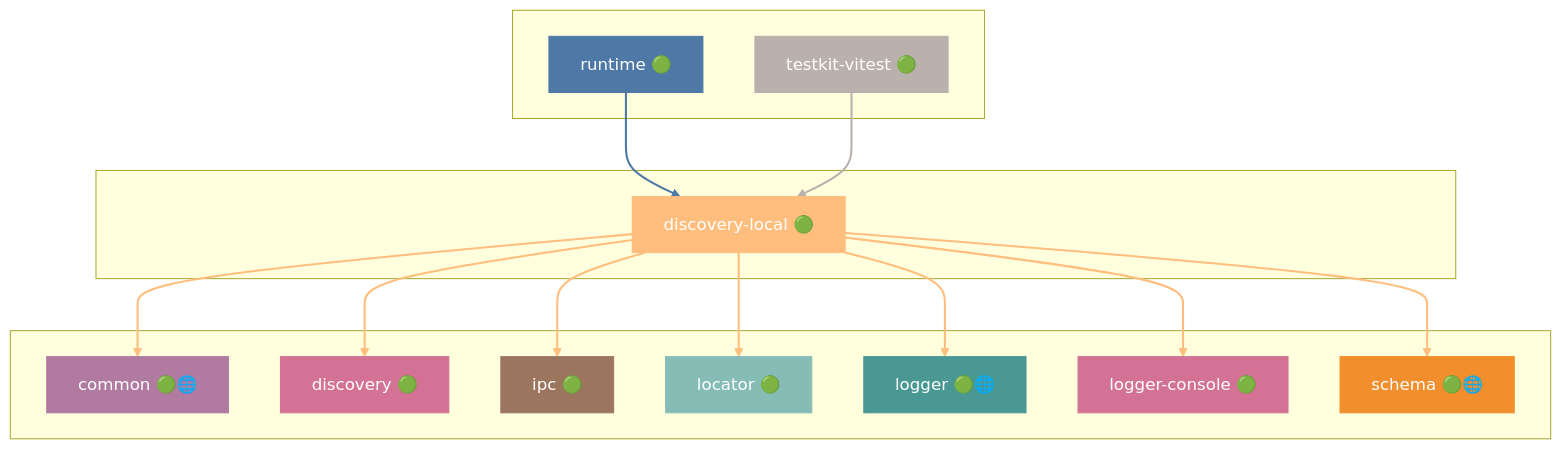
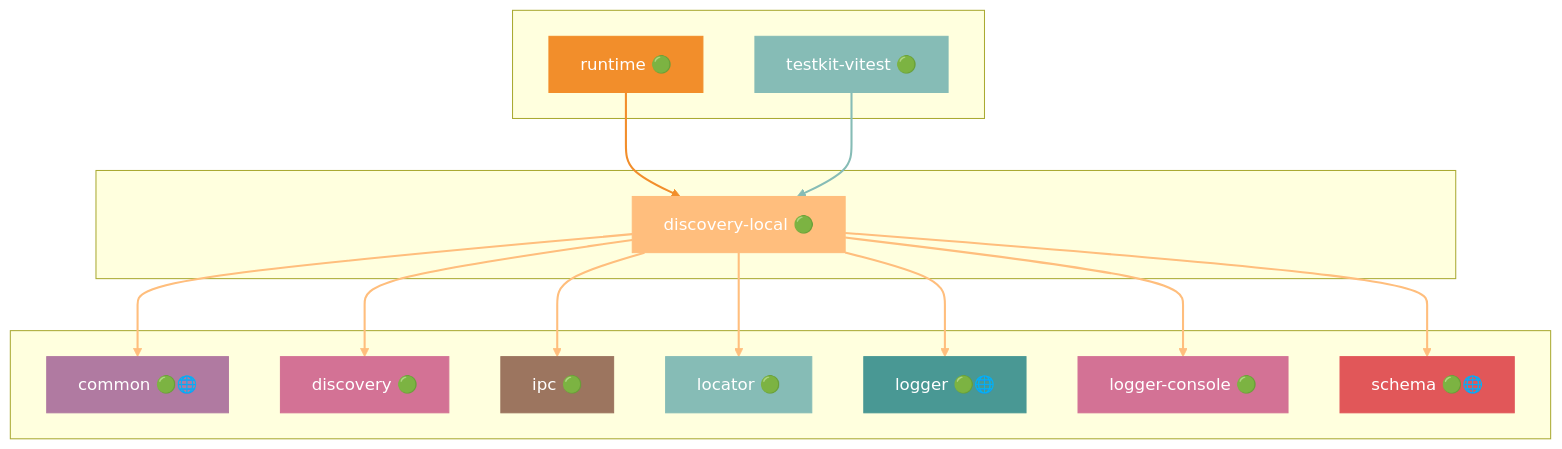
Diagram 18 of 51 in docs/DEPENDENCIES.md (grest-ts/grest-ts), drawn with Mermaid before and after one commit. The commit also changed other lines of this file and 24 other files, not shown here.

````diff
--- a/docs/DEPENDENCIES.md
+++ b/docs/DEPENDENCIES.md
@@ -1091,47 +1093,47 @@
 ```mermaid
 flowchart TB
     subgraph Dependents[" "]
         runtime["runtime 🟢"]
         testkit-vitest["testkit-vitest 🟢"]
     end
     subgraph Package[" "]
         discovery-local["discovery-local 🟢"]
     end
     subgraph Dependencies[" "]
         common["common 🟢🌐"]
         discovery["discovery 🟢"]
         ipc["ipc 🟢"]
         locator["locator 🟢"]
         logger["logger 🟢🌐"]
         logger-console["logger-console 🟢"]
         schema["schema 🟢🌐"]
     end
     runtime --> discovery-local
     testkit-vitest --> discovery-local
     discovery-local --> common
     discovery-local --> discovery
     discovery-local --> ipc
     discovery-local --> locator
     discovery-local --> logger
     discovery-local --> logger-console
     discovery-local --> schema
     style discovery-local fill:#FFBE7D,stroke:#FFBE7D,color:#fff
-    style runtime fill:#4E79A7,stroke:#4E79A7,color:#fff
-    style testkit-vitest fill:#BAB0AC,stroke:#BAB0AC,color:#fff
+    style runtime fill:#F28E2B,stroke:#F28E2B,color:#fff
+    style testkit-vitest fill:#86BCB6,stroke:#86BCB6,color:#fff
     style common fill:#B07AA1,stroke:#B07AA1,color:#fff
     style discovery fill:#D37295,stroke:#D37295,color:#fff
     style ipc fill:#9C755F,stroke:#9C755F,color:#fff
     style locator fill:#86BCB6,stroke:#86BCB6,color:#fff
     style logger fill:#499894,stroke:#499894,color:#fff
     style logger-console fill:#D37295,stroke:#D37295,color:#fff
-    style schema fill:#F28E2B,stroke:#F28E2B,color:#fff
-    linkStyle 0 stroke:#4E79A7,stroke-width:2px
-    linkStyle 1 stroke:#BAB0AC,stroke-width:2px
+    style schema fill:#E15759,stroke:#E15759,color:#fff
+    linkStyle 0 stroke:#F28E2B,stroke-width:2px
+    linkStyle 1 stroke:#86BCB6,stroke-width:2px
     linkStyle 2 stroke:#FFBE7D,stroke-width:2px
     linkStyle 3 stroke:#FFBE7D,stroke-width:2px
     linkStyle 4 stroke:#FFBE7D,stroke-width:2px
     linkStyle 5 stroke:#FFBE7D,stroke-width:2px
     linkStyle 6 stroke:#FFBE7D,stroke-width:2px
     linkStyle 7 stroke:#FFBE7D,stroke-width:2px
     linkStyle 8 stroke:#FFBE7D,stroke-width:2px
 ```
````
